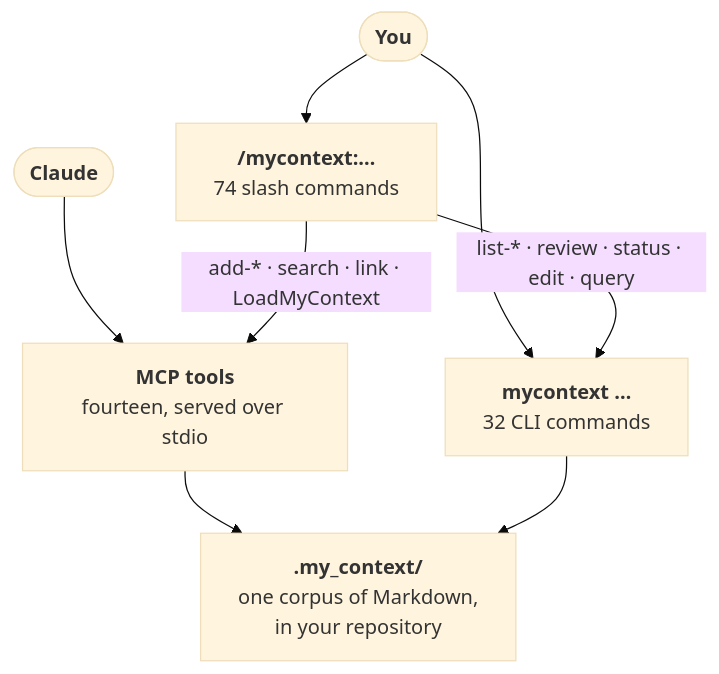
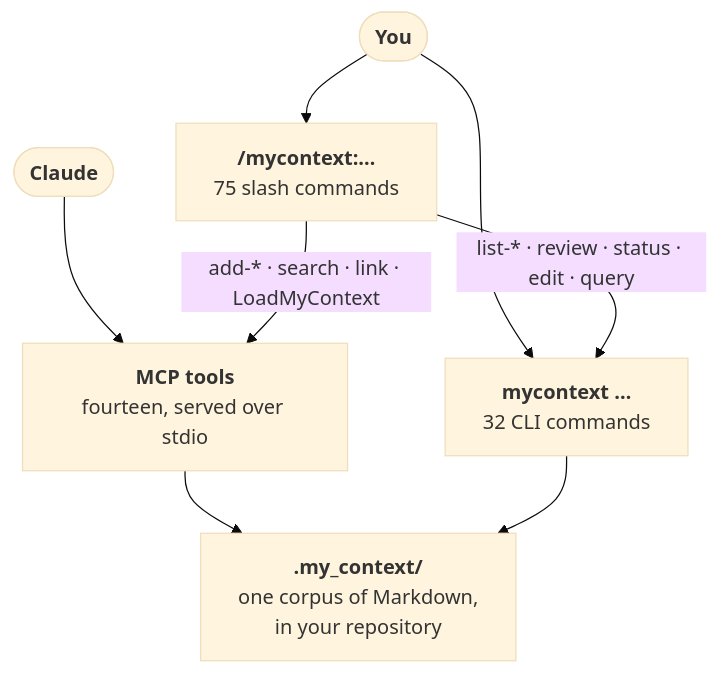
The fourth of 5 diagrams in README.md (Dudi-Bar-On/my-context), drawn with Mermaid (base theme) before and after one commit. The commit also changed other lines of this file and 7 other files, not shown here.

````diff
--- a/README.md
+++ b/README.md
@@ -1769,10 +1769,10 @@
 ```mermaid
 flowchart TB
-  U(["<b>You</b>"]) --> SL["<b>/mycontext:…</b><br/>74 slash commands"]
+  U(["<b>You</b>"]) --> SL["<b>/mycontext:…</b><br/>75 slash commands"]
   U --> CL["<b>mycontext …</b><br/>32 CLI commands"]
   A(["<b>Claude</b>"]) --> TL["<b>MCP tools</b><br/>fourteen, served over stdio"]
   SL -->|"add-* · search · link · LoadMyContext"| TL
   SL -->|"list-* · review · status · edit · query"| CL
   TL --> CO["<b>.my_context/</b><br/>one corpus of Markdown,<br/>in your repository"]
   CL --> CO
 ```
````
